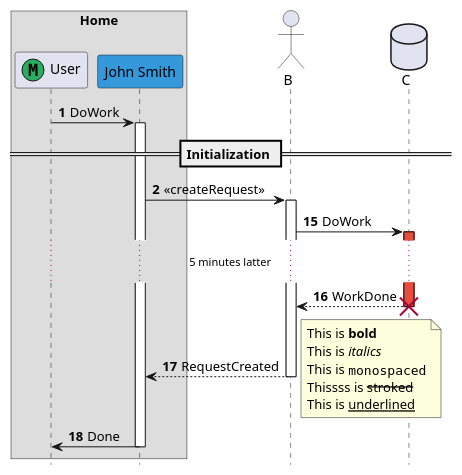
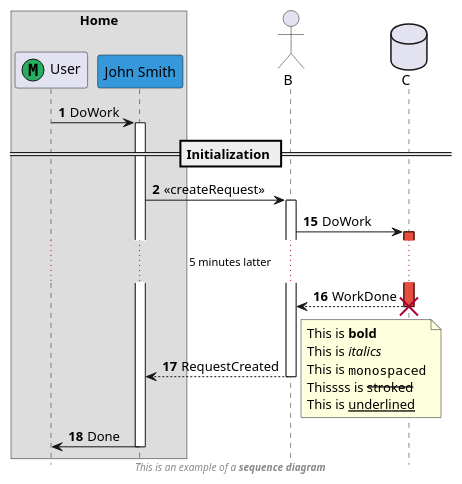
One commit to marcelofpfelix/plantuml-diagrams changed the diagram in example/example1.puml. Above: the diagram before and after it, drawn with PlantUML.

```diff
--- a/example/example1.puml
+++ b/example/example1.puml
@@ -1,35 +1,39 @@
 @startuml
 
 autonumber
 hide footbox
 box "Home" 
   participant User << (M,#27AE60) >> 
   participant "John Smith" as A #3498DB
 end box
 actor B
 database C
 
 User -> A: DoWork 
 activate A
 == Initialization ==
 
 A -> B: << createRequest >>
 activate B
 autonumber 15
 B -> C: DoWork
 activate C  #E74C3C
 ...5 minutes latter...
 C --> B: WorkDone
 destroy C
 B --> A: RequestCreated
 deactivate B
 note right 
   This is **bold**
   This is //italics//
   This is ""monospaced""
   Thissss is --stroked--
   This is __underlined__
 end note
 A -> User: Done
 deactivate A
+
+  footer //This is an example of a **sequence diagram**//
+
+
 @enduml
```
